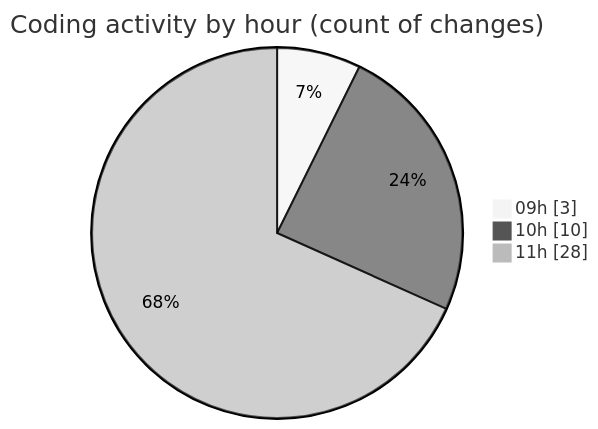
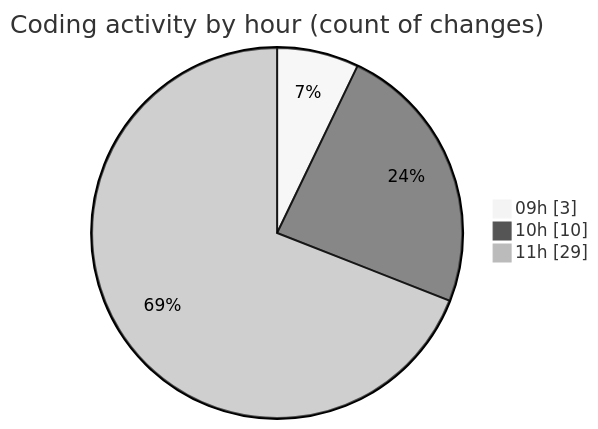
The second of 2 diagrams in 2026-01-22/cda/README.md (momahboobian/code-tracking), drawn with Mermaid (neutral theme) before and after one commit. The commit also changed other lines of this file and 1 other file, not shown here.

````diff
--- a/2026-01-22/cda/README.md
+++ b/2026-01-22/cda/README.md
@@ -41,7 +41,7 @@
 ```mermaid
 pie showData
 title Coding activity by hour (count of changes)
 "09h" : 3
 "10h" : 10
-"11h" : 28
+"11h" : 29
 ```
````
